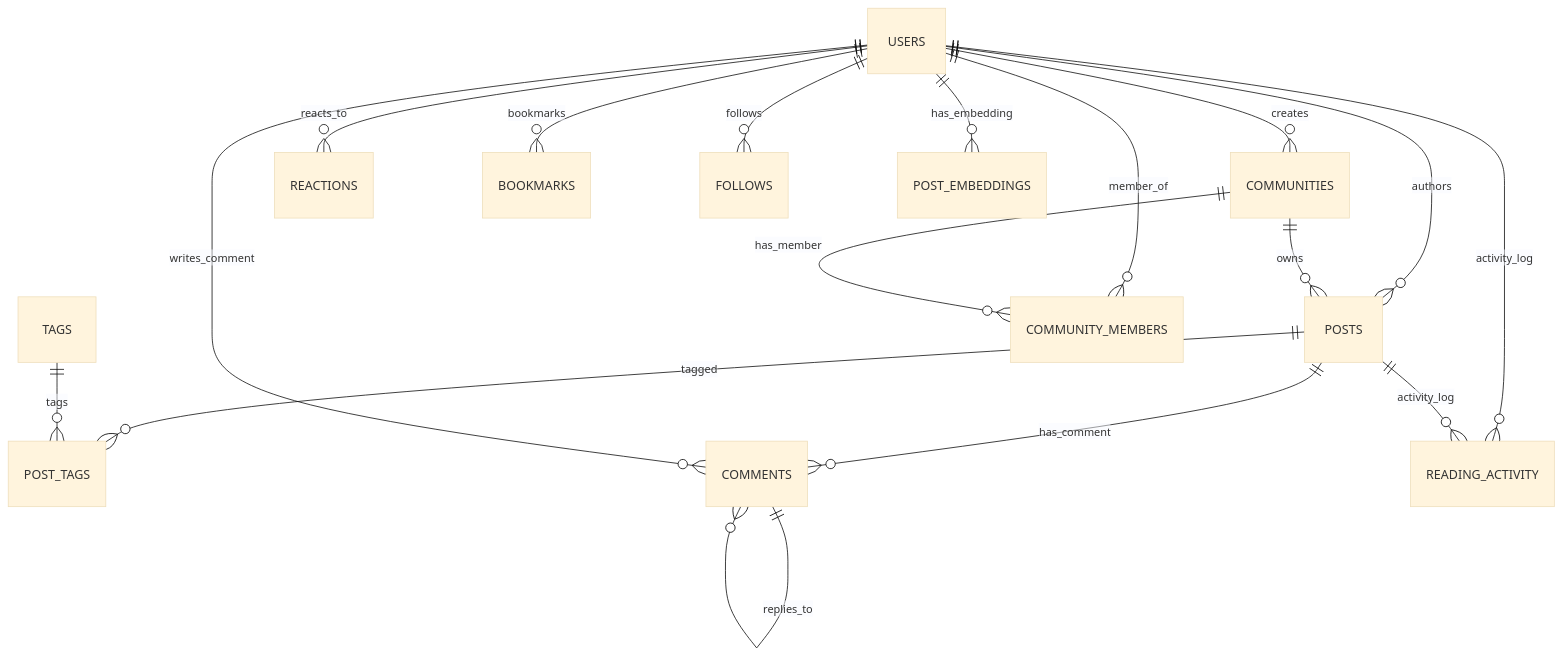
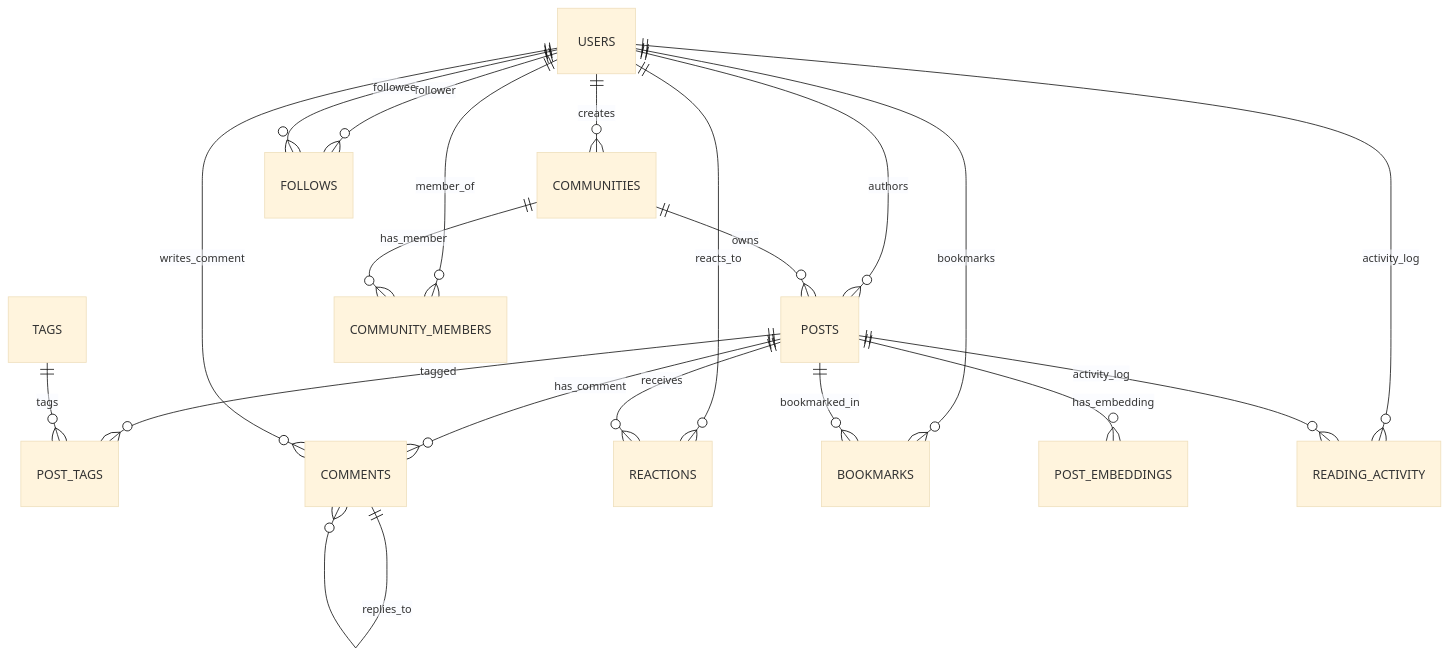
The diagram in docs/relational_schema.md (namithar18/Online-blogging-platform-DBMS), drawn with Mermaid (base theme) before and after one commit. The commit also changed other lines of this file and 2 other files, not shown here.

First line of the commit message:
Fix ALTER/DROP demo and schema docs after review

````diff
--- a/docs/relational_schema.md
+++ b/docs/relational_schema.md
@@ -58,19 +64,22 @@
 ```mermaid
 erDiagram
     USERS ||--o{ COMMUNITIES : creates
     USERS ||--o{ POSTS : authors
     COMMUNITIES ||--o{ POSTS : owns
     POSTS ||--o{ POST_TAGS : tagged
     TAGS ||--o{ POST_TAGS : tags
     USERS ||--o{ COMMUNITY_MEMBERS : member_of
     COMMUNITIES ||--o{ COMMUNITY_MEMBERS : has_member
     POSTS ||--o{ COMMENTS : has_comment
     USERS ||--o{ COMMENTS : writes_comment
     COMMENTS ||--o{ COMMENTS : replies_to
     USERS ||--o{ REACTIONS : reacts_to
+    POSTS ||--o{ REACTIONS : receives
     USERS ||--o{ BOOKMARKS : bookmarks
-    USERS ||--o{ FOLLOWS : follows
-    USERS ||--o{ POST_EMBEDDINGS : has_embedding
+    POSTS ||--o{ BOOKMARKS : bookmarked_in
+    USERS ||--o{ FOLLOWS : follower
+    USERS ||--o{ FOLLOWS : followee
+    POSTS ||--o{ POST_EMBEDDINGS : has_embedding
     USERS ||--o{ READING_ACTIVITY : activity_log
     POSTS ||--o{ READING_ACTIVITY : activity_log
 ```
````
